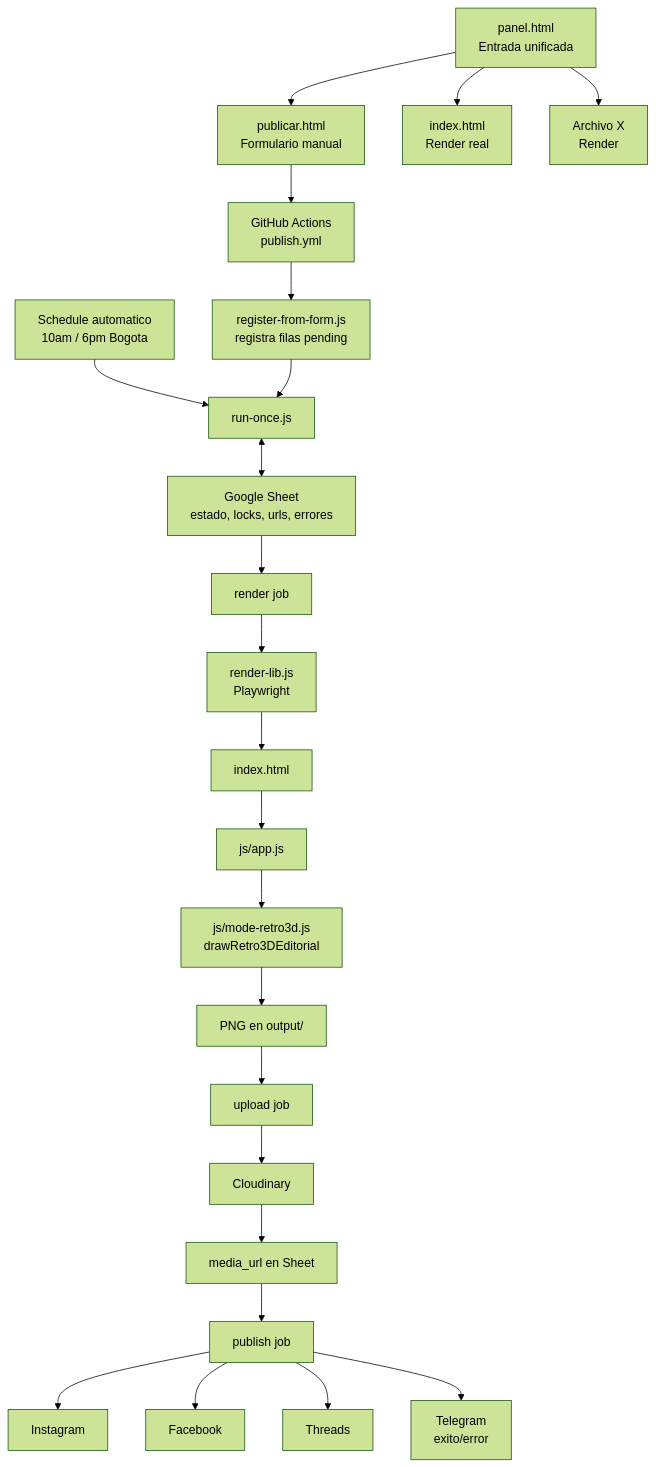
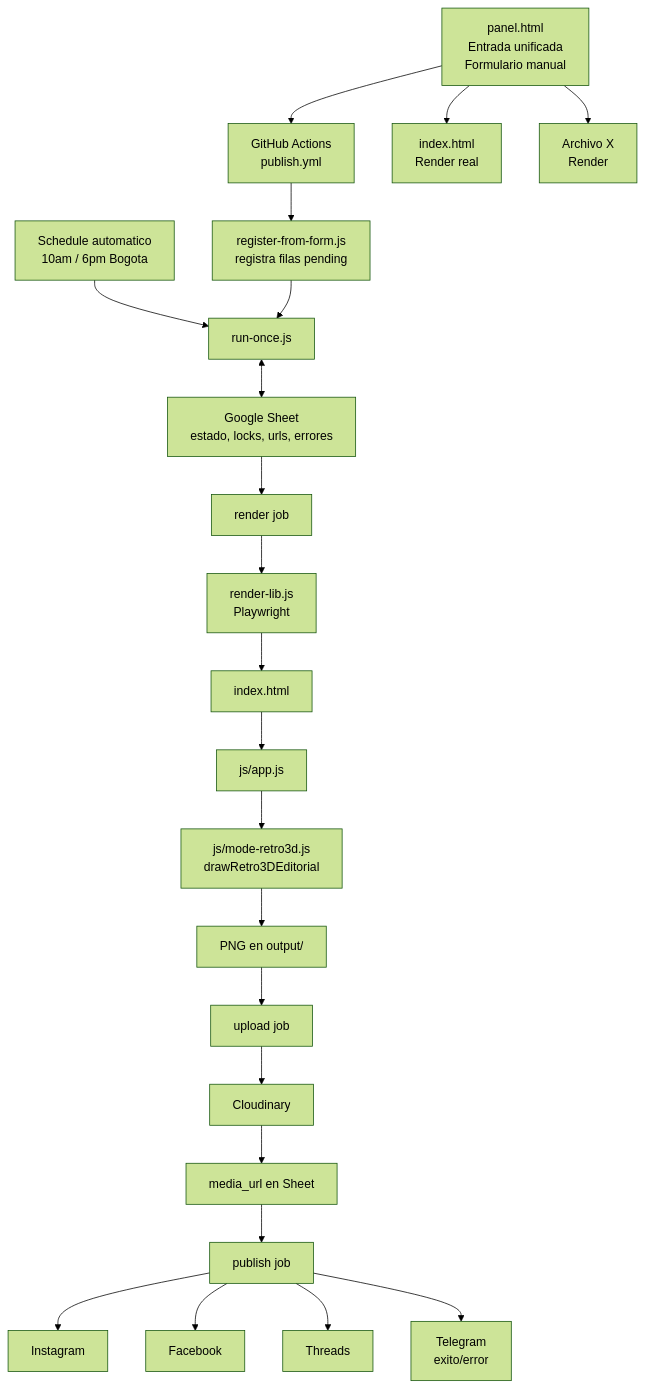
Before and after one commit to viktoriavikulya/frase-generator-v2: the first of 3 diagrams in docs/mapa-del-proyecto.md, drawn with Mermaid (forest theme). The commit also changed other lines of this file and 5 other files, not shown here.

Commit message:
Move publish UI into panel

````diff
--- a/docs/mapa-del-proyecto.md
+++ b/docs/mapa-del-proyecto.md
@@ -9,30 +9,29 @@
 ```mermaid
 flowchart TD
-  Z[panel.html<br/>Entrada unificada] --> A[publicar.html<br/>Formulario manual]
+  Z[panel.html<br/>Entrada unificada<br/>Formulario manual] --> A[GitHub Actions<br/>publish.yml]
   Z --> Y[index.html<br/>Render real]
   Z --> X[Archivo X<br/>Render]
-  A --> B[GitHub Actions<br/>publish.yml]
-  B --> C[register-from-form.js<br/>registra filas pending]
+  A --> C[register-from-form.js<br/>registra filas pending]
 
   D[Schedule automatico<br/>10am / 6pm Bogota] --> E[run-once.js]
   C --> E
 
   E <--> F[Google Sheet<br/>estado, locks, urls, errores]
 
   F --> G[render job]
   G --> H[render-lib.js<br/>Playwright]
   H --> I[index.html]
   I --> J[js/app.js]
   J --> K[js/mode-retro3d.js<br/>drawRetro3DEditorial]
   K --> L[PNG en output/]
 
   L --> M[upload job]
   M --> N[Cloudinary]
   N --> O[media_url en Sheet]
 
   O --> P[publish job]
   P --> Q[Instagram]
   P --> R[Facebook]
   P --> S[Threads]
   P --> T[Telegram<br/>exito/error]
 ```
````
